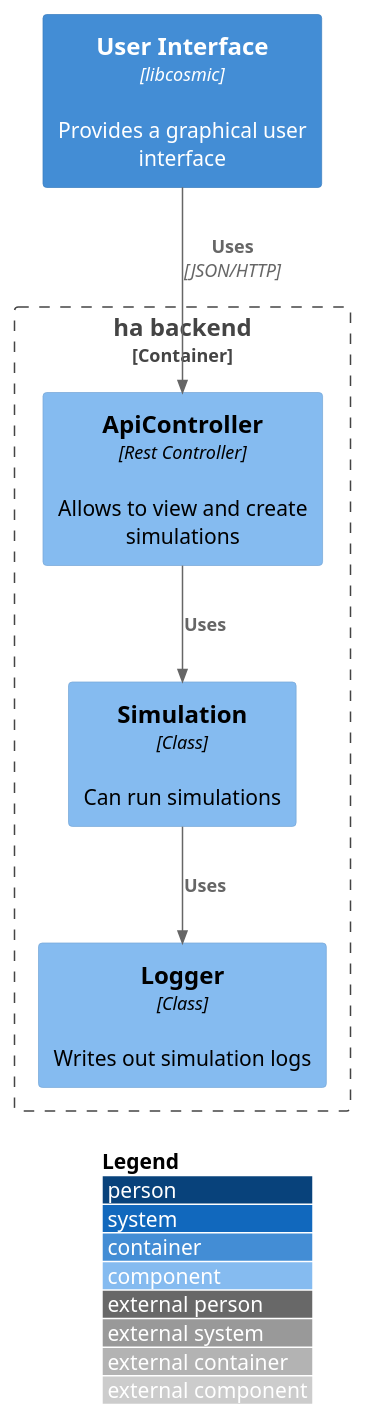
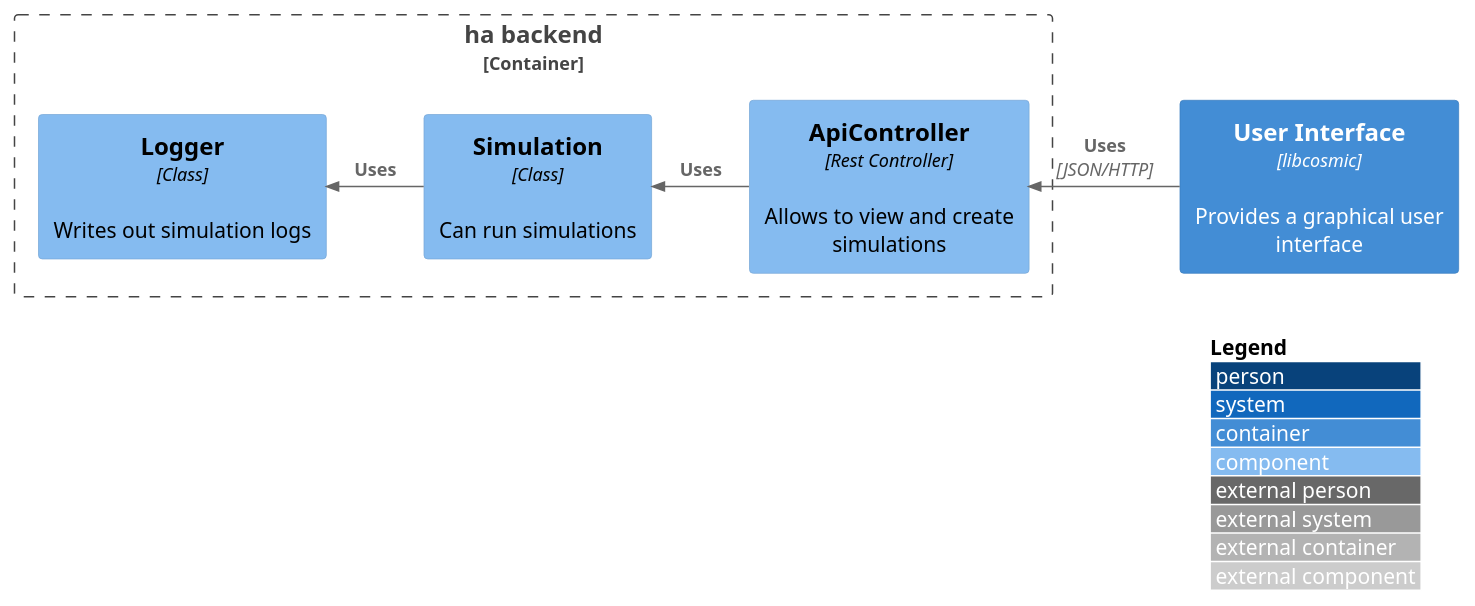
The diagram in diagrams/overview.puml (fhdo7100003/presentation), drawn with PlantUML before and after one commit.

Commit message:
Fix overview

```diff
--- a/diagrams/overview.puml
+++ b/diagrams/overview.puml
@@ -1,19 +1,19 @@
 @startuml
 !include <C4/C4_Component>
 
 LAYOUT_WITH_LEGEND()
 
 Container(ui, "User Interface", "libcosmic", "Provides a graphical user interface")
 
 
 Container_Boundary(java, "ha backend") {
   Component(api, "ApiController", "Rest Controller", "Allows to view and create simulations")
   Component(simulation, "Simulation", "Class", "Can run simulations")
   Component(logger, "Logger", "Class", "Writes out simulation logs")
-  Rel(api, simulation, "Uses")
-  Rel(simulation, logger, "Uses")
+  Rel_L(api, simulation, "Uses")
+  Rel_L(simulation, logger, "Uses")
 }
 
-Rel(ui, api, "Uses", "JSON/HTTP")
+Rel_L(ui, api, "Uses", "JSON/HTTP")
 
 @enduml
```
